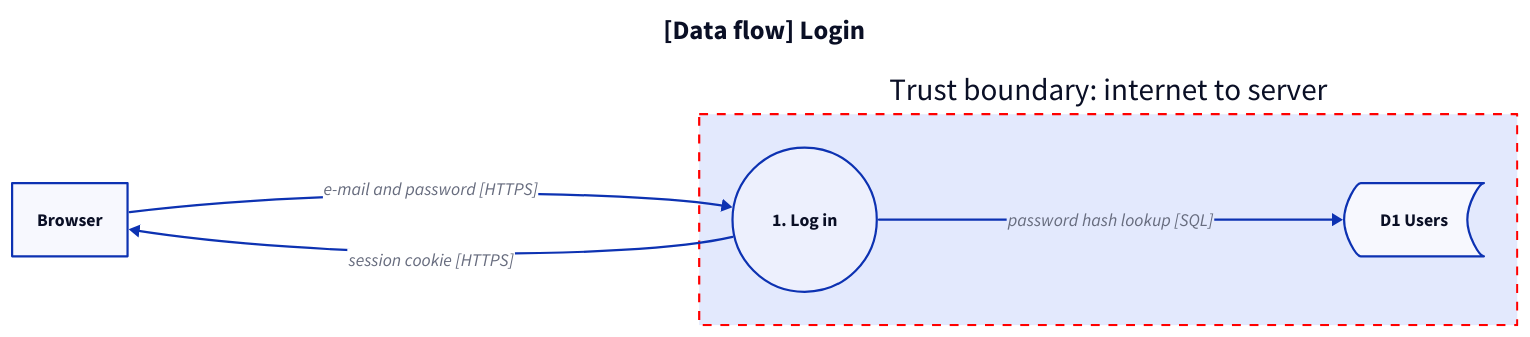
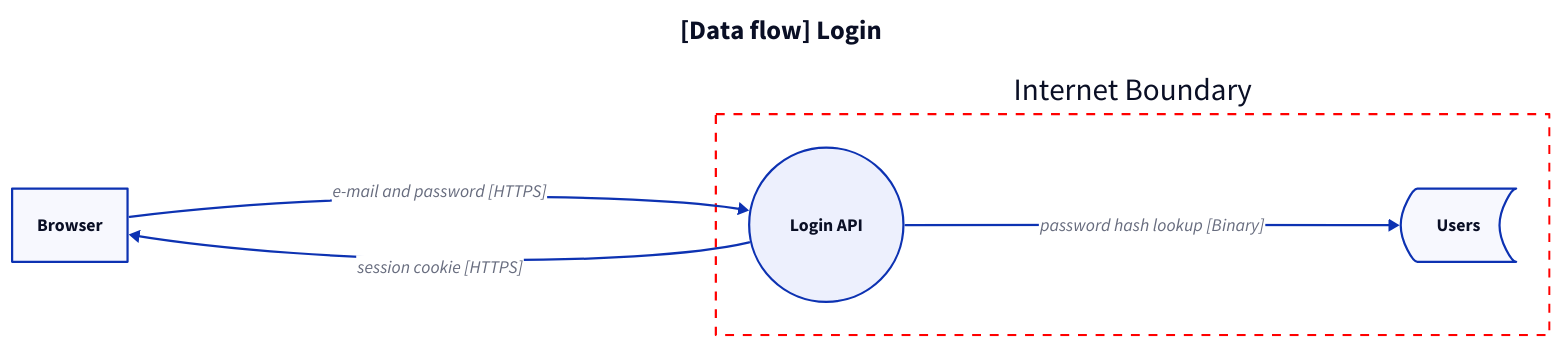
Before and after one commit to ATkingma/KingmaDoc: the eighth of 11 diagrams in skill/explaining-code/reference/models.md, drawn with D2. The commit also changed other lines of this file and 64 other files, not shown here.

````diff
--- a/skill/explaining-code/reference/models.md
+++ b/skill/explaining-code/reference/models.md
@@ -247,21 +249,21 @@
 ```d2
 title: "[Data flow] Login" {shape: text; near: top-center; style: {font-size: 24; bold: true}}
 direction: right
 vars: {
   d2-legend: {
-    e: External entity
+    e: External Interactor
     p: Process {shape: circle}
-    s: Data store {shape: stored_data}
-    t: Trust boundary {style: {stroke: red; stroke-dash: 4}}
+    s: Data Store {shape: stored_data}
+    t: Trust Border Boundary {style: {stroke: red; stroke-dash: 4; fill: transparent}}
   }
 }
 browser: Browser
-internet: "Trust boundary: internet to server" {
-  style: {stroke: red; stroke-dash: 4}
-  login: "1. Log in" {shape: circle}
-  users: "D1 Users" {shape: stored_data}
+internet: "Internet Boundary" {
+  style: {stroke: red; stroke-dash: 4; fill: transparent}
+  login: "Login API" {shape: circle}
+  users: "Users" {shape: stored_data}
 }
 browser -> internet.login: "e-mail and password [HTTPS]"
-internet.login -> internet.users: "password hash lookup [SQL]"
+internet.login -> internet.users: "password hash lookup [Binary]"
 internet.login -> browser: "session cookie [HTTPS]"
 ```
````
